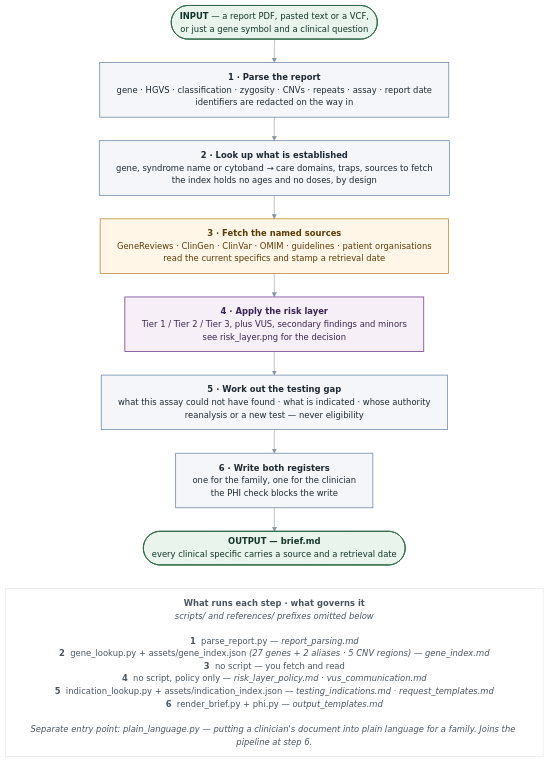
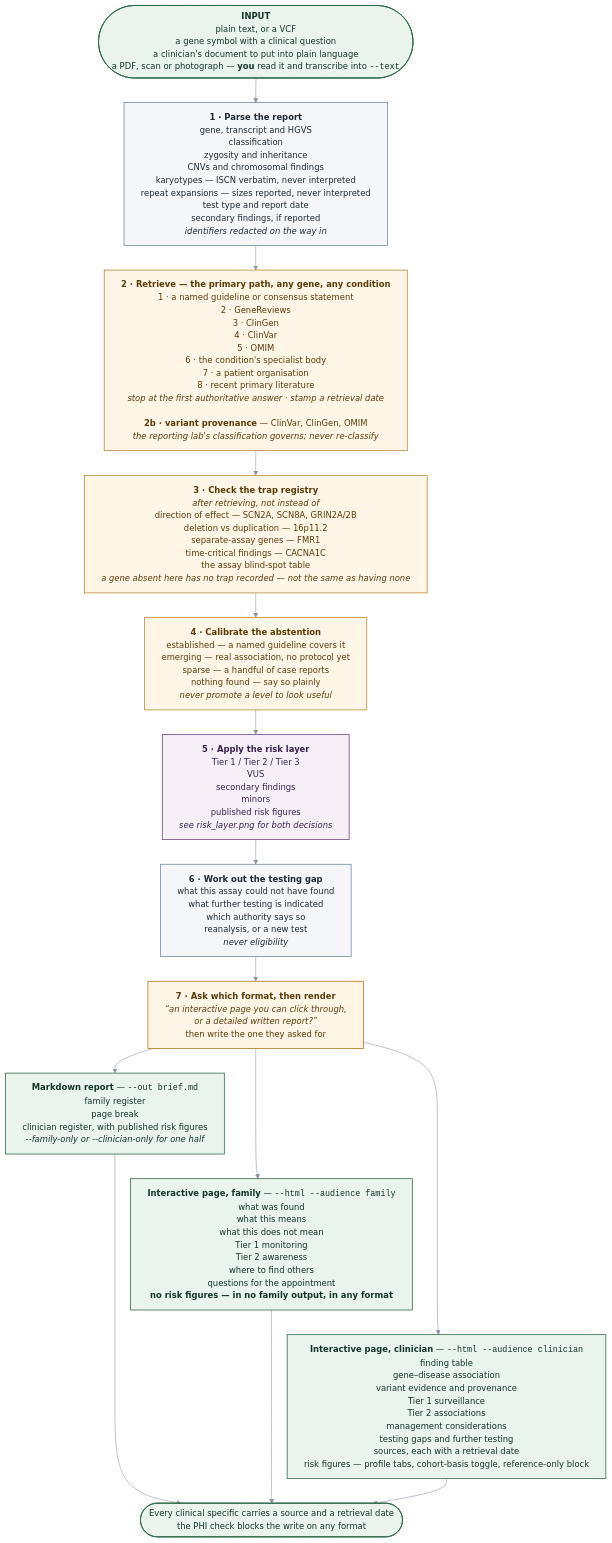
Before and after one commit to Domikohlh/autism_gtc_agent_skill: the diagram in docs/workflow.mmd, drawn with Mermaid. The commit also changed 3 other files, not shown here.

Commit message:
Changed: The diagrams

```diff
--- a/docs/workflow.mmd
+++ b/docs/workflow.mmd
@@ -1,36 +1,49 @@
-%%{init: {"theme":"base","themeVariables":{"fontFamily":"DejaVu Sans","fontSize":"15px","lineColor":"#8894A1","primaryTextColor":"#1F2933"},"flowchart":{"curve":"basis","nodeSpacing":36,"rankSpacing":42,"wrappingWidth":900,"htmlLabels":true}} }%%
+%%{init: {"theme":"base","themeVariables":{"fontFamily":"DejaVu Sans","fontSize":"15px","lineColor":"#8894A1","primaryTextColor":"#1F2933"},"flowchart":{"curve":"basis","nodeSpacing":36,"rankSpacing":44,"wrappingWidth":620,"htmlLabels":true}} }%%
 flowchart TD
 
-  IN(["<b>INPUT</b> — a report PDF, pasted text or a VCF,<br/>or just a gene symbol and a clinical question"])
+  IN(["<b>INPUT</b><br/>plain text, or a VCF<br/>a gene symbol with a clinical question<br/>a clinician's document to put into plain language<br/>a PDF, scan or photograph — <b>you</b> read it and transcribe into <code>--text</code>"])
 
-  S1["<b>1 · Parse the report</b><br/>gene · HGVS · classification · zygosity · CNVs · repeats · assay · report date<br/>identifiers are redacted on the way in"]
+  S1["<b>1 · Parse the report</b><br/>gene, transcript and HGVS<br/>classification<br/>zygosity and inheritance<br/>CNVs and chromosomal findings<br/>karyotypes — ISCN verbatim, never interpreted<br/>repeat expansions — sizes reported, never interpreted<br/>test type and report date<br/>secondary findings, if reported<br/><i>identifiers redacted on the way in</i>"]
 
-  S2["<b>2 · Look up what is established</b><br/>gene, syndrome name or cytoband → care domains, traps, sources to fetch<br/>the index holds no ages and no doses, by design"]
+  S2["<b>2 · Retrieve — the primary path, any gene, any condition</b><br/>1 · a named guideline or consensus statement<br/>2 · GeneReviews<br/>3 · ClinGen<br/>4 · ClinVar<br/>5 · OMIM<br/>6 · the condition's specialist body<br/>7 · a patient organisation<br/>8 · recent primary literature<br/><i>stop at the first authoritative answer · stamp a retrieval date</i><br/><br/><b>2b · variant provenance</b> — ClinVar, ClinGen, OMIM<br/><i>the reporting lab's classification governs; never re-classify</i>"]
 
-  S3["<b>3 · Fetch the named sources</b><br/>GeneReviews · ClinGen · ClinVar · OMIM · guidelines · patient organisations<br/>read the current specifics and stamp a retrieval date"]
+  S3["<b>3 · Check the trap registry</b><br/><i>after retrieving, not instead of</i><br/>direction of effect — SCN2A, SCN8A, GRIN2A/2B<br/>deletion vs duplication — 16p11.2<br/>separate-assay genes — FMR1<br/>time-critical findings — CACNA1C<br/>the assay blind-spot table<br/><i>a gene absent here has no trap recorded — not the same as having none</i>"]
 
-  S4["<b>4 · Apply the risk layer</b><br/>Tier 1 / Tier 2 / Tier 3, plus VUS, secondary findings and minors<br/>see risk_layer.png for the decision"]
+  S4["<b>4 · Calibrate the abstention</b><br/>established — a named guideline covers it<br/>emerging — real association, no protocol yet<br/>sparse — a handful of case reports<br/>nothing found — say so plainly<br/><i>never promote a level to look useful</i>"]
 
-  S5["<b>5 · Work out the testing gap</b><br/>what this assay could not have found · what is indicated · whose authority<br/>reanalysis or a new test — never eligibility"]
+  S5["<b>5 · Apply the risk layer</b><br/>Tier 1 / Tier 2 / Tier 3<br/>VUS<br/>secondary findings<br/>minors<br/>published risk figures<br/><i>see risk_layer.png for both decisions</i>"]
 
-  S6["<b>6 · Write both registers</b><br/>one for the family, one for the clinician<br/>the PHI check blocks the write"]
+  S6["<b>6 · Work out the testing gap</b><br/>what this assay could not have found<br/>what further testing is indicated<br/>which authority says so<br/>reanalysis, or a new test<br/><i>never eligibility</i>"]
 
-  OUT(["<b>OUTPUT — brief.md</b><br/>every clinical specific carries a source and a retrieval date"])
+  S7["<b>7 · Ask which format, then render</b><br/><i>“an interactive page you can click through,</i><br/><i>or a detailed written report?”</i><br/>then write the one they asked for"]
 
-  IN --> S1 --> S2 --> S3 --> S4 --> S5 --> S6 --> OUT
+  O1["<b>Markdown report</b> — <code>--out brief.md</code><br/>family register<br/>page break<br/>clinician register, with published risk figures<br/><i>--family-only or --clinician-only for one half</i>"]
 
-  L["<b>What runs each step · what governs it</b><br/><i>scripts/ and references/ prefixes omitted below</i><br/><br/><b>1</b>  parse_report.py — <i>report_parsing.md</i><br/><b>2</b>  gene_lookup.py + assets/gene_index.json <i>(27 genes + 2 aliases · 5 CNV regions)</i> — <i>gene_index.md</i><br/><b>3</b>  no script — you fetch and read<br/><b>4</b>  no script, policy only — <i>risk_layer_policy.md</i> · <i>vus_communication.md</i><br/><b>5</b>  indication_lookup.py + assets/indication_index.json — <i>testing_indications.md</i> · <i>request_templates.md</i><br/><b>6</b>  render_brief.py + phi.py — <i>output_templates.md</i><br/><br/><i>Separate entry point: plain_language.py — putting a clinician's document into plain language for a family. Joins the pipeline at step 6.</i>"]
+  O2["<b>Interactive page, family</b> — <code>--html --audience family</code><br/>what was found<br/>what this means<br/>what this does not mean<br/>Tier 1 monitoring<br/>Tier 2 awareness<br/>where to find others<br/>questions for the appointment<br/><b>no risk figures — in no family output, in any format</b>"]
 
-  OUT ~~~ L
+  O3["<b>Interactive page, clinician</b> — <code>--html --audience clinician</code><br/>finding table<br/>gene–disease association<br/>variant evidence and provenance<br/>Tier 1 surveillance<br/>Tier 2 associations<br/>management considerations<br/>testing gaps and further testing<br/>sources, each with a retrieval date<br/>risk figures — profile tabs, cohort-basis toggle, reference-only block"]
+
+  END(["Every clinical specific carries a source and a retrieval date<br/>the PHI check blocks the write on any format"])
+
+  IN --> S1 --> S2 --> S3 --> S4 --> S5 --> S6 --> S7
+  S7 --> O1
+  S7 --> O2
+  S7 --> O3
+  O1 ~~~ O2 ~~~ O3
+  O1 --> END
+  O2 --> END
+  O3 --> END
 
   classDef io fill:#E9F4EC,stroke:#2E6B4A,stroke-width:1.5px,color:#14342A;
   classDef step fill:#F4F6F9,stroke:#5B7A99,stroke-width:1.2px,color:#1F2933;
   classDef fetch fill:#FFF6E8,stroke:#B0761A,stroke-width:1.2px,color:#5A3B06;
   classDef risk fill:#F6EFF7,stroke:#7A4E96,stroke-width:1.5px,color:#3A2350;
-  classDef leg fill:#FFFFFF,stroke:#DDE3EA,stroke-width:1px,color:#4A5560;
+  classDef gate fill:#FFF6E8,stroke:#B0761A,stroke-width:1.4px,color:#5A3B06;
+  classDef outp fill:#E9F4EC,stroke:#2E6B4A,stroke-width:1.4px,color:#14342A;
 
-  class IN,OUT io;
-  class S1,S2,S5,S6 step;
-  class S3 fetch;
-  class S4 risk;
-  class L leg;
+  class IN,END io;
+  class S1,S6 step;
+  class S2,S3,S4 fetch;
+  class S5 risk;
+  class S7 gate;
+  class O1,O2,O3 outp;
```
